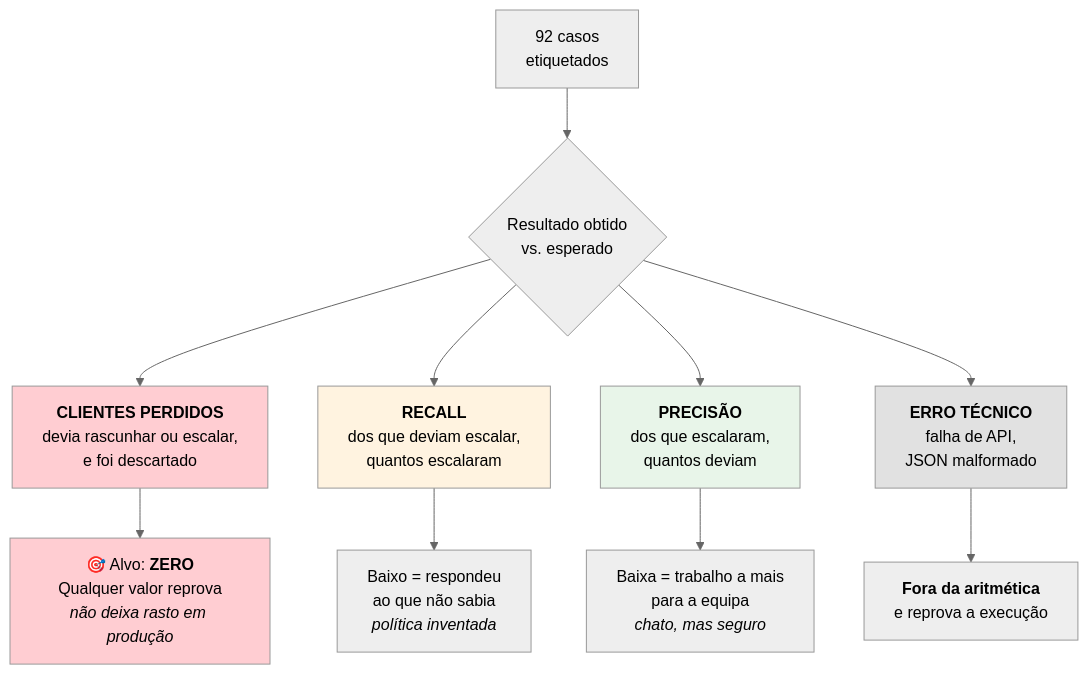
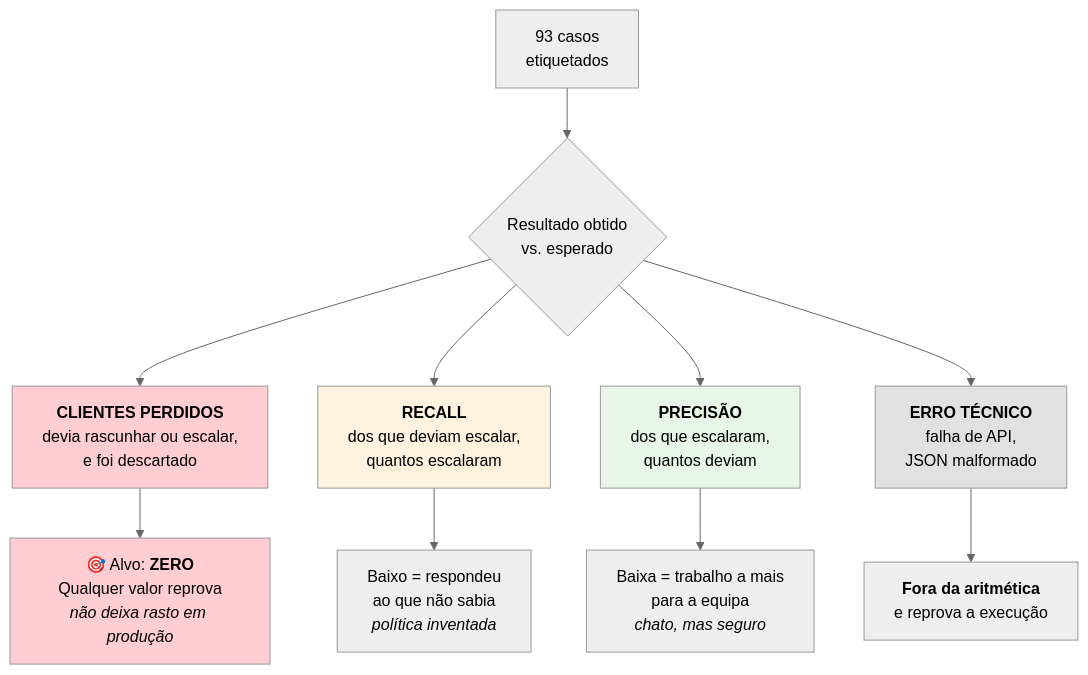
Before and after one commit to joaocarvalhini/Outlook-Reply-Assistant: the diagram in docs/05-reliability/evaluation.md, drawn with Mermaid (neutral theme). The commit also changed other lines of this file and 8 other files, not shown here.

````diff
--- a/docs/05-reliability/evaluation.md
+++ b/docs/05-reliability/evaluation.md
@@ -24,20 +24,20 @@
 ```mermaid
 flowchart TD
-    A["92 casos<br/>etiquetados"] --> B{"Resultado obtido<br/>vs. esperado"}
+    A["93 casos<br/>etiquetados"] --> B{"Resultado obtido<br/>vs. esperado"}
 
     B --> C["<b>CLIENTES PERDIDOS</b><br/>devia rascunhar ou escalar,<br/>e foi descartado"]
     B --> D["<b>RECALL</b><br/>dos que deviam escalar,<br/>quantos escalaram"]
     B --> E["<b>PRECISÃO</b><br/>dos que escalaram,<br/>quantos deviam"]
     B --> F["<b>ERRO TÉCNICO</b><br/>falha de API,<br/>JSON malformado"]
 
     C --> C1["🎯 Alvo: <b>ZERO</b><br/>Qualquer valor reprova<br/><i>não deixa rasto em produção</i>"]
     D --> D1["Baixo = respondeu<br/>ao que não sabia<br/><i>política inventada</i>"]
     E --> E1["Baixa = trabalho a mais<br/>para a equipa<br/><i>chato, mas seguro</i>"]
     F --> F1["<b>Fora da aritmética</b><br/>e reprova a execução"]
 
     style C fill:#ffcdd2
     style C1 fill:#ffcdd2
     style D fill:#fff3e0
     style E fill:#e8f5e9
     style F fill:#e1e1e1
 ```
````
